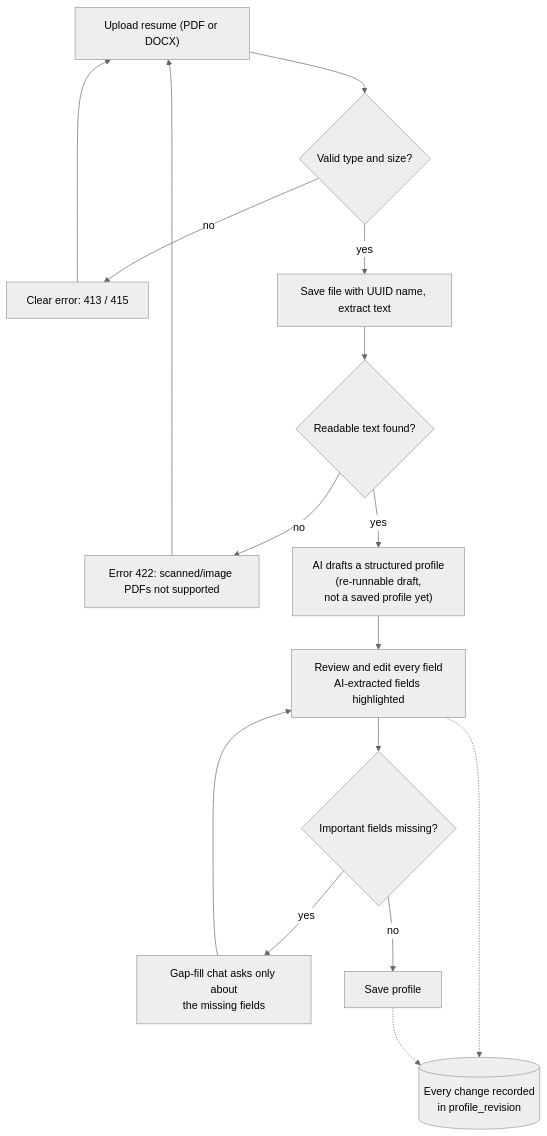
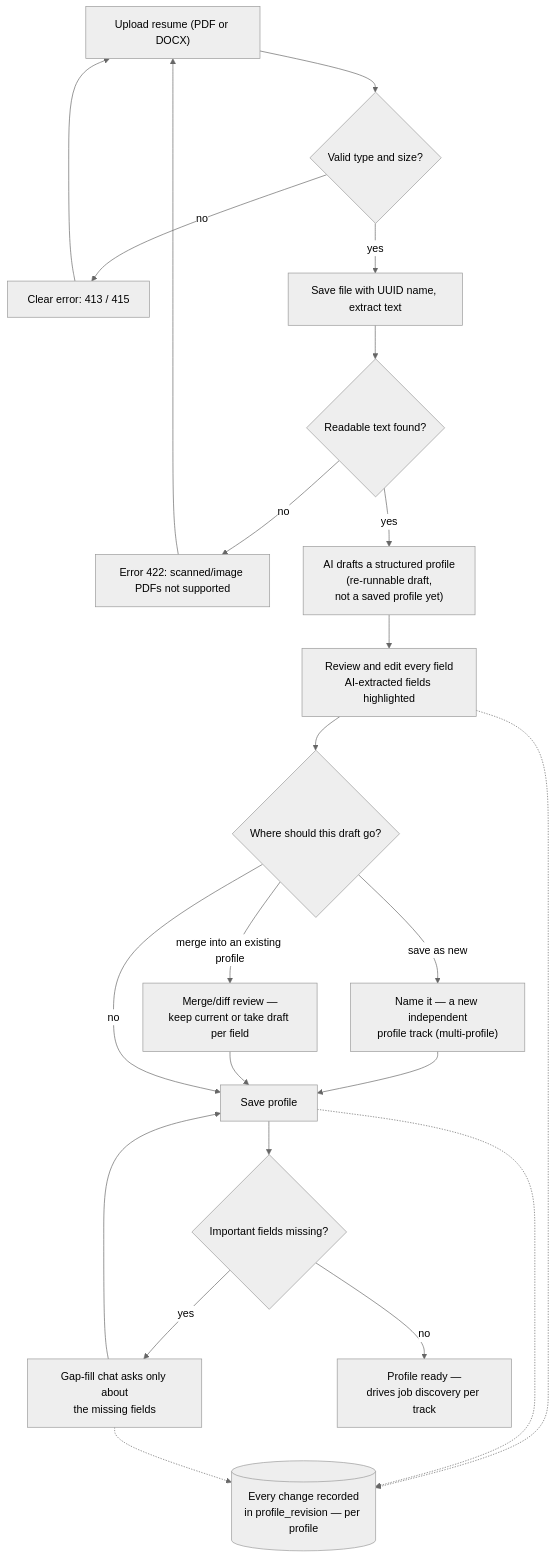
One commit to MSVhora/ai_job_assistant changed the first of 2 diagrams in docs/guide/02-upload-and-profile.md. Above: the diagram before and after it, drawn with Mermaid (neutral theme). The commit also changed other lines of this file and 8 other files, not shown here.

Commit message:
Document multi-profile flow and plural API paths across guides

````diff
--- a/docs/guide/02-upload-and-profile.md
+++ b/docs/guide/02-upload-and-profile.md
@@ -20,18 +20,25 @@
 ```mermaid
 flowchart TD
     A["Upload resume (PDF or DOCX)"] --> B{"Valid type and size?"}
     B -- "no" --> B1["Clear error: 413 / 415"]
     B1 --> A
     B -- "yes" --> C["Save file with UUID name, extract text"]
     C --> D{"Readable text found?"}
     D -- "no" --> D1["Error 422: scanned/image PDFs not supported"]
     D1 --> A
     D -- "yes" --> E["AI drafts a structured profile<br/>(re-runnable draft,<br/>not a saved profile yet)"]
     E --> F["Review and edit every field<br/>AI-extracted fields highlighted"]
-    F --> G{"Important fields missing?"}
-    G -- "yes" --> H["Gap-fill chat asks only about<br/>the missing fields"]
-    H --> F
-    G -- "no" --> I["Save profile"]
-    F -.-> J[("Every change recorded<br/>in profile_revision")]
+    F --> G{"Where should this draft go?"}
+    G -- "save as new" --> G1["Name it — a new independent<br/>profile track (multi-profile)"]
+    G1 --> I["Save profile"]
+    G -- "merge into an existing profile" --> G2["Merge/diff review —<br/>keep current or take draft per field"]
+    G2 --> I
+    G -- "no" --> I
+    I --> K{"Important fields missing?"}
+    K -- "yes" --> H["Gap-fill chat asks only about<br/>the missing fields"]
+    H --> I
+    K -- "no" --> L["Profile ready —<br/>drives job discovery per track"]
+    F -.-> J[("Every change recorded<br/>in profile_revision — per profile")]
     I -.-> J
+    H -.-> J
 ```
````
